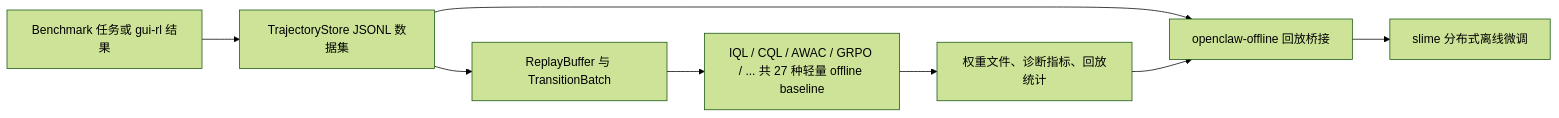
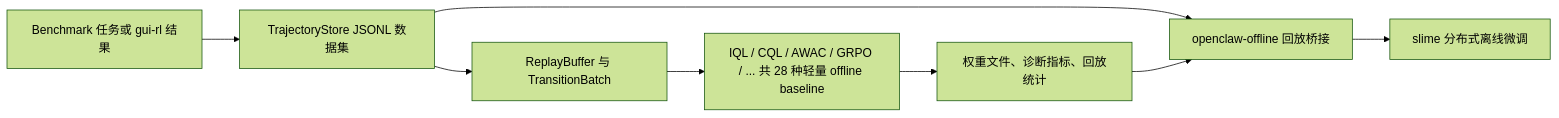
One commit to MING-ZCH/OpenClaw-RL-Offline changed the diagram in README.zh-CN.md. Above: the diagram before and after it, drawn with Mermaid (forest theme). The commit also changed other lines of this file and 11 other files, not shown here.

````diff
--- a/README.zh-CN.md
+++ b/README.zh-CN.md
@@ -9,10 +9,10 @@
 ```mermaid
 flowchart LR
   A[Benchmark 任务或 gui-rl 结果] --> B[TrajectoryStore JSONL 数据集]
   B --> C[ReplayBuffer 与 TransitionBatch]
-  C --> D[IQL / CQL / AWAC / GRPO / ... 共 27 种轻量 offline baseline]
+  C --> D[IQL / CQL / AWAC / GRPO / ... 共 28 种轻量 offline baseline]
   D --> E[权重文件、诊断指标、回放统计]
   B --> F[openclaw-offline 回放桥接]
   E --> F
   F --> G[slime 分布式离线微调]
 ```
````
